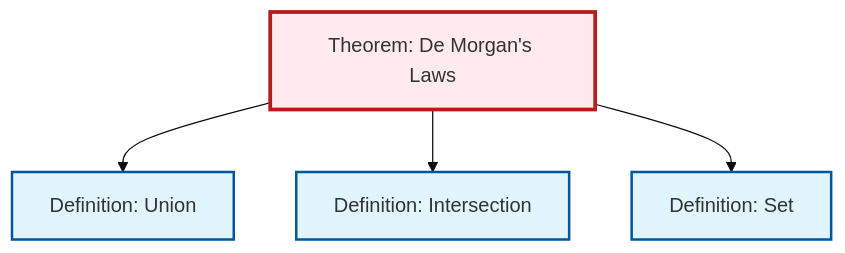
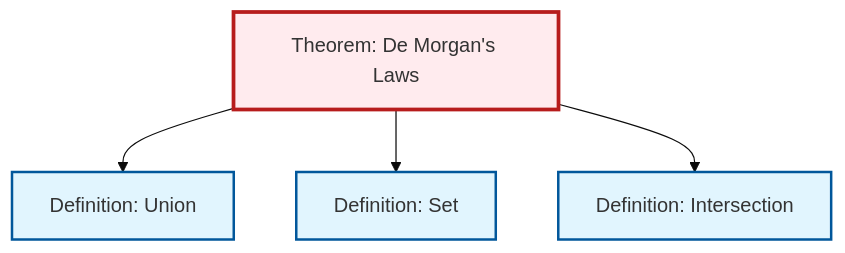
Before and after one commit to RK0429/ModernMath: the diagram in content/ja/logic-set-theory/thm-de-morgan.qmd, drawn with Mermaid (base theme). The commit also changed other lines of this file and 474 other files, not shown here.

````diff
--- a/content/ja/logic-set-theory/thm-de-morgan.qmd
+++ b/content/ja/logic-set-theory/thm-de-morgan.qmd
@@ -79,20 +79,20 @@
 ```{mermaid}
 %%| fig-cap: "Local dependency graph"
 graph TD
     classDef definition fill:#e1f5fe,stroke:#01579b,stroke-width:2px
     classDef theorem fill:#f3e5f5,stroke:#4a148c,stroke-width:2px
     classDef axiom fill:#fff3e0,stroke:#e65100,stroke-width:2px
     classDef example fill:#e8f5e9,stroke:#1b5e20,stroke-width:2px
     classDef current fill:#ffebee,stroke:#b71c1c,stroke-width:3px
-    def-set["Definition: Set"]:::definition
     thm-de-morgan["Theorem: De Morgan's Laws"]:::theorem
     def-intersection["Definition: Intersection"]:::definition
     def-union["Definition: Union"]:::definition
+    def-set["Definition: Set"]:::definition
     thm-de-morgan --> def-union
+    thm-de-morgan --> def-set
     thm-de-morgan --> def-intersection
-    thm-de-morgan --> def-set
     class thm-de-morgan current
-    click def-set "def-set.html" "Definition: Setへ"
     click def-intersection "def-intersection.html" "Definition: Intersectionへ"
     click def-union "def-union.html" "Definition: Unionへ"
+    click def-set "def-set.html" "Definition: Setへ"
 ```
````
